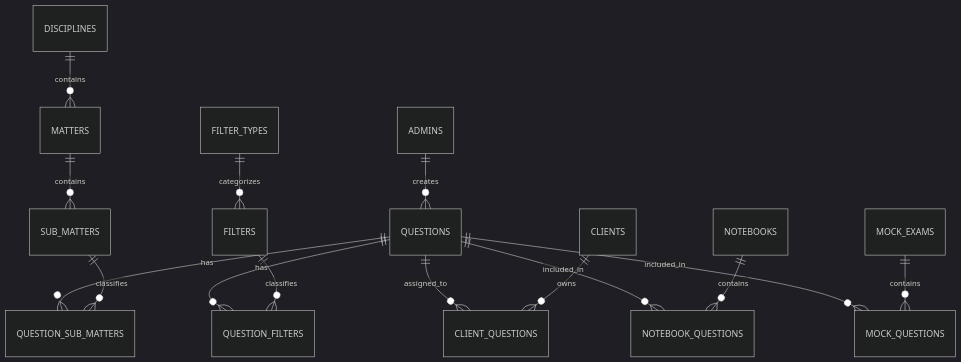
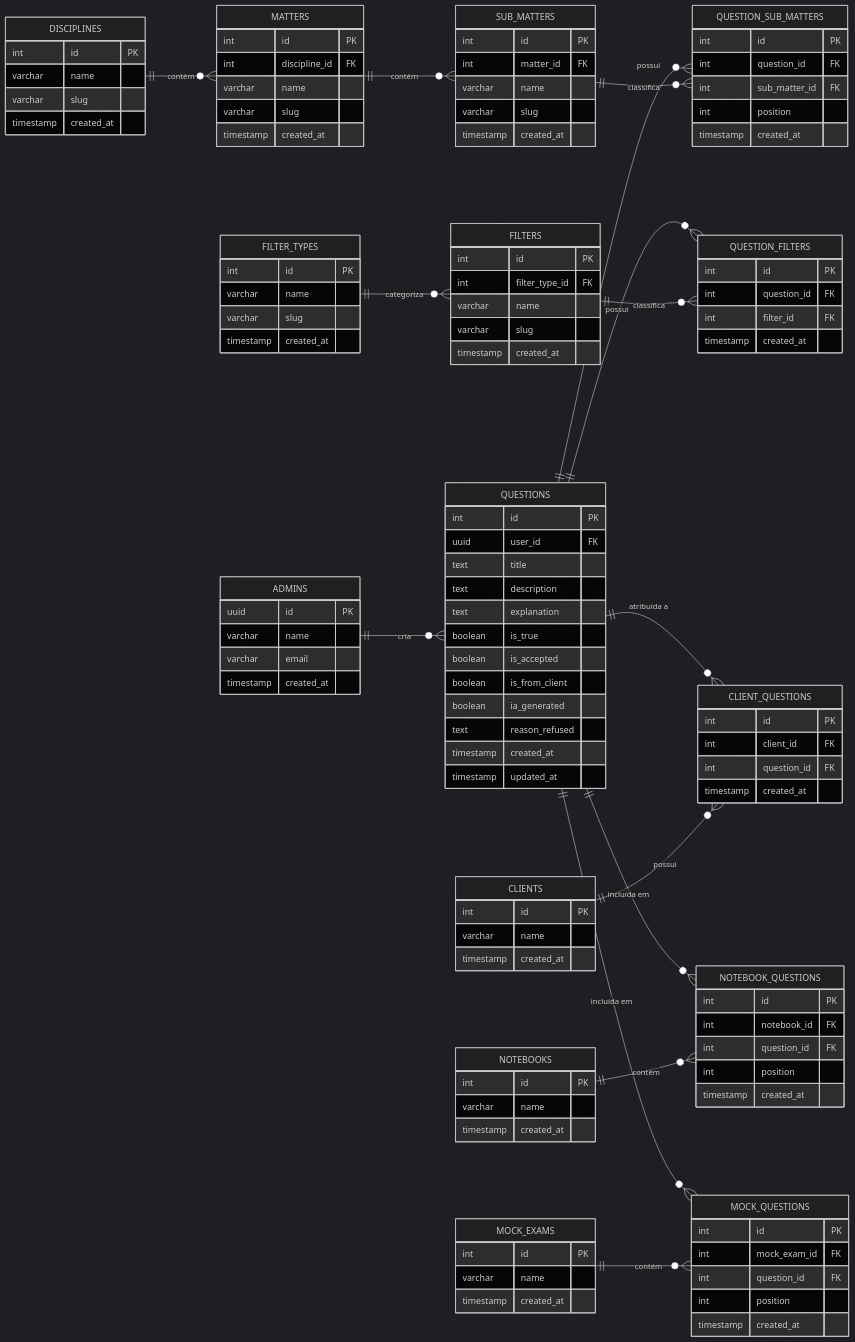
Before and after one commit to matheusdiamantino-betalent/IA: the first of 10 diagrams in README.md, drawn with Mermaid (dark theme). The commit also changed other lines of this file, not shown here.

````diff
--- a/README.md
+++ b/README.md
@@ -226,21 +773,135 @@
 ```mermaid
 erDiagram
-    ADMINS ||--o{ QUESTIONS : creates
-    QUESTIONS ||--o{ QUESTION_FILTERS : has
-    FILTERS ||--o{ QUESTION_FILTERS : classifies
-    FILTER_TYPES ||--o{ FILTERS : categorizes
+    direction LR
 
-    DISCIPLINES ||--o{ MATTERS : contains
-    MATTERS ||--o{ SUB_MATTERS : contains
-    QUESTIONS ||--o{ QUESTION_SUB_MATTERS : has
-    SUB_MATTERS ||--o{ QUESTION_SUB_MATTERS : classifies
+    ADMINS {
+        uuid id PK
+        varchar name
+        varchar email
+        timestamp created_at
+    }
 
-    QUESTIONS ||--o{ CLIENT_QUESTIONS : assigned_to
-    CLIENTS ||--o{ CLIENT_QUESTIONS : owns
+    QUESTIONS {
+        int id PK
+        uuid user_id FK
+        text title
+        text description
+        text explanation
+        boolean is_true
+        boolean is_accepted
+        boolean is_from_client
+        boolean ia_generated
+        text reason_refused
+        timestamp created_at
+        timestamp updated_at
+    }
 
-    QUESTIONS ||--o{ NOTEBOOK_QUESTIONS : included_in
-    NOTEBOOKS ||--o{ NOTEBOOK_QUESTIONS : contains
+    FILTER_TYPES {
+        int id PK
+        varchar name
+        varchar slug
+        timestamp created_at
+    }
 
-    QUESTIONS ||--o{ MOCK_QUESTIONS : included_in
-    MOCK_EXAMS ||--o{ MOCK_QUESTIONS : contains
+    FILTERS {
+        int id PK
+        int filter_type_id FK
+        varchar name
+        varchar slug
+        timestamp created_at
+    }
+
+    QUESTION_FILTERS {
+        int id PK
+        int question_id FK
+        int filter_id FK
+        timestamp created_at
+    }
+
+    DISCIPLINES {
+        int id PK
+        varchar name
+        varchar slug
+        timestamp created_at
+    }
+
+    MATTERS {
+        int id PK
+        int discipline_id FK
+        varchar name
+        varchar slug
+        timestamp created_at
+    }
+
+    SUB_MATTERS {
+        int id PK
+        int matter_id FK
+        varchar name
+        varchar slug
+        timestamp created_at
+    }
+
+    QUESTION_SUB_MATTERS {
+        int id PK
+        int question_id FK
+        int sub_matter_id FK
+        int position
+        timestamp created_at
+    }
+
+    CLIENTS {
+        int id PK
+        varchar name
+        timestamp created_at
+    }
+
+    CLIENT_QUESTIONS {
+        int id PK
+        int client_id FK
+        int question_id FK
+        timestamp created_at
+    }
+
+    NOTEBOOKS {
+        int id PK
+        varchar name
+        timestamp created_at
+    }
+
+    NOTEBOOK_QUESTIONS {
+        int id PK
+        int notebook_id FK
+        int question_id FK
+        int position
+        timestamp created_at
+    }
+
+    MOCK_EXAMS {
+        int id PK
+        varchar name
+        timestamp created_at
+    }
+
+    MOCK_QUESTIONS {
+        int id PK
+        int mock_exam_id FK
+        int question_id FK
+        int position
+        timestamp created_at
+    }
+
+    ADMINS ||--o{ QUESTIONS : "cria"
+    QUESTIONS ||--o{ QUESTION_FILTERS : "possui"
+    FILTERS ||--o{ QUESTION_FILTERS : "classifica"
+    FILTER_TYPES ||--o{ FILTERS : "categoriza"
+    DISCIPLINES ||--o{ MATTERS : "contém"
+    MATTERS ||--o{ SUB_MATTERS : "contém"
+    QUESTIONS ||--o{ QUESTION_SUB_MATTERS : "possui"
+    SUB_MATTERS ||--o{ QUESTION_SUB_MATTERS : "classifica"
+    QUESTIONS ||--o{ CLIENT_QUESTIONS : "atribuída a"
+    CLIENTS ||--o{ CLIENT_QUESTIONS : "possui"
+    QUESTIONS ||--o{ NOTEBOOK_QUESTIONS : "incluída em"
+    NOTEBOOKS ||--o{ NOTEBOOK_QUESTIONS : "contém"
+    QUESTIONS ||--o{ MOCK_QUESTIONS : "incluída em"
+    MOCK_EXAMS ||--o{ MOCK_QUESTIONS : "contém"
 ```
````
